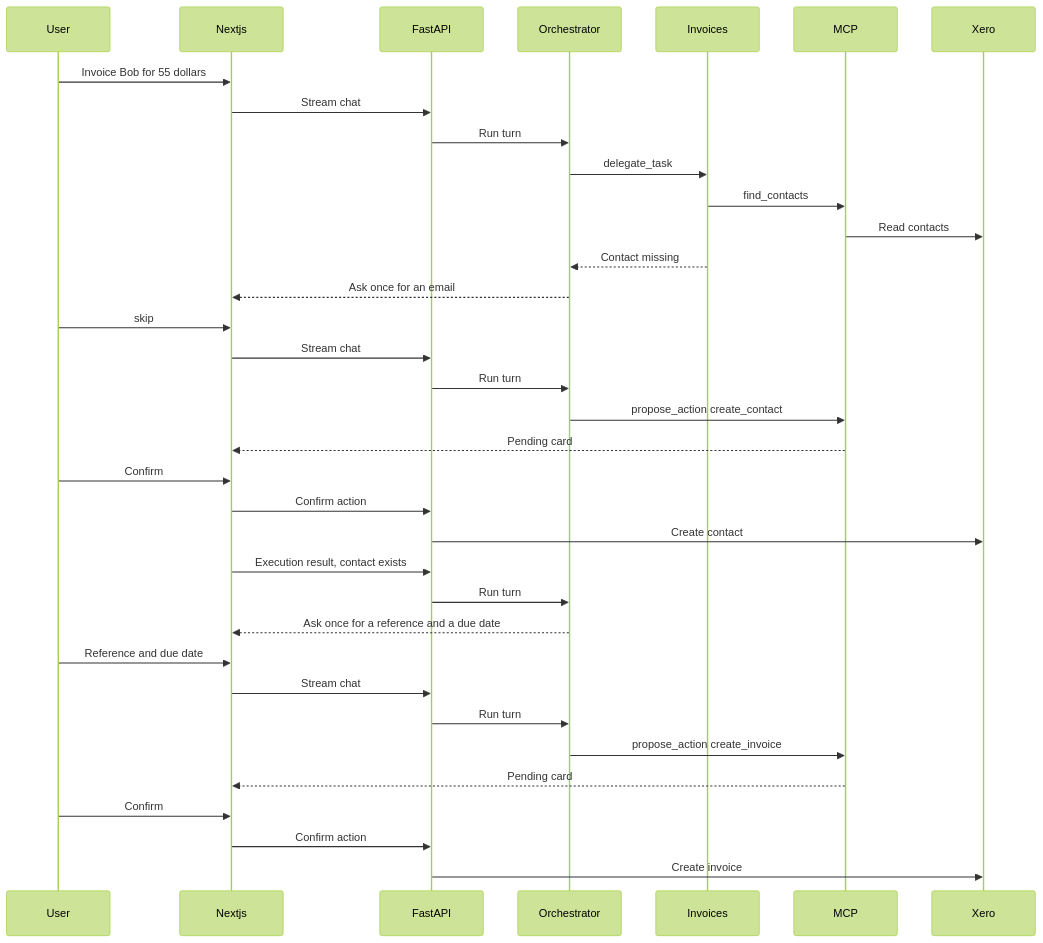
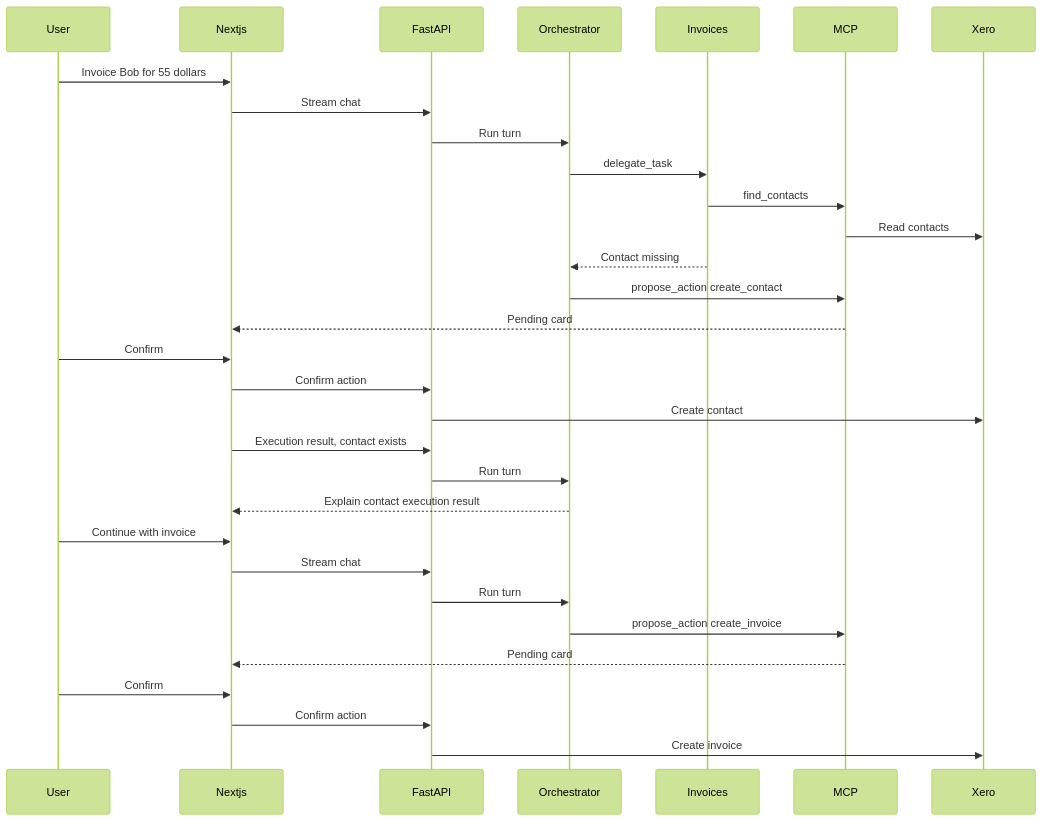
Before and after one commit to JarrodNB/xero_assistant: the diagram in ARCHITECTURE.md, drawn with Mermaid (forest theme). The commit also changed other lines of this file and 18 other files, not shown here.

Commit message:
Improve optional-field proposal flow and add conversation regressions

````diff
--- a/ARCHITECTURE.md
+++ b/ARCHITECTURE.md
@@ -10,38 +10,34 @@
 ```mermaid
 sequenceDiagram
   participant User
   participant Nextjs
   participant FastAPI
   participant Orchestrator
   participant Invoices
   participant MCP
   participant Xero
 
   User->>Nextjs: Invoice Bob for 55 dollars
   Nextjs->>FastAPI: Stream chat
   FastAPI->>Orchestrator: Run turn
   Orchestrator->>Invoices: delegate_task
   Invoices->>MCP: find_contacts
   MCP->>Xero: Read contacts
   Invoices-->>Orchestrator: Contact missing
-  Orchestrator-->>Nextjs: Ask once for an email
-  User->>Nextjs: skip
-  Nextjs->>FastAPI: Stream chat
-  FastAPI->>Orchestrator: Run turn
   Orchestrator->>MCP: propose_action create_contact
   MCP-->>Nextjs: Pending card
   User->>Nextjs: Confirm
   Nextjs->>FastAPI: Confirm action
   FastAPI->>Xero: Create contact
   Nextjs->>FastAPI: Execution result, contact exists
   FastAPI->>Orchestrator: Run turn
-  Orchestrator-->>Nextjs: Ask once for a reference and a due date
-  User->>Nextjs: Reference and due date
+  Orchestrator-->>Nextjs: Explain contact execution result
+  User->>Nextjs: Continue with invoice
   Nextjs->>FastAPI: Stream chat
   FastAPI->>Orchestrator: Run turn
   Orchestrator->>MCP: propose_action create_invoice
   MCP-->>Nextjs: Pending card
   User->>Nextjs: Confirm
   Nextjs->>FastAPI: Confirm action
   FastAPI->>Xero: Create invoice
 ```
````
